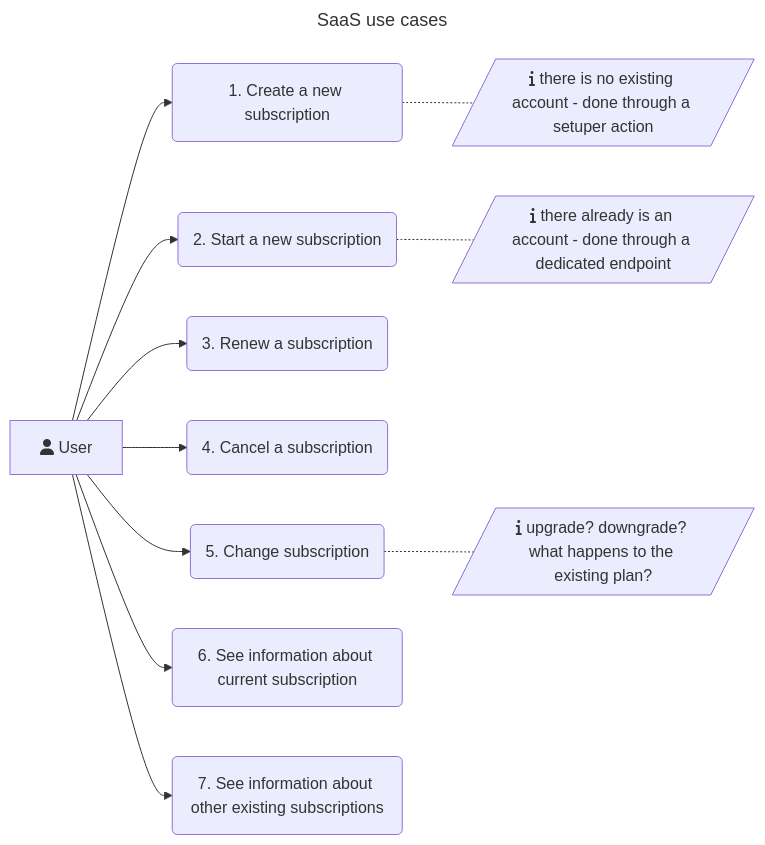
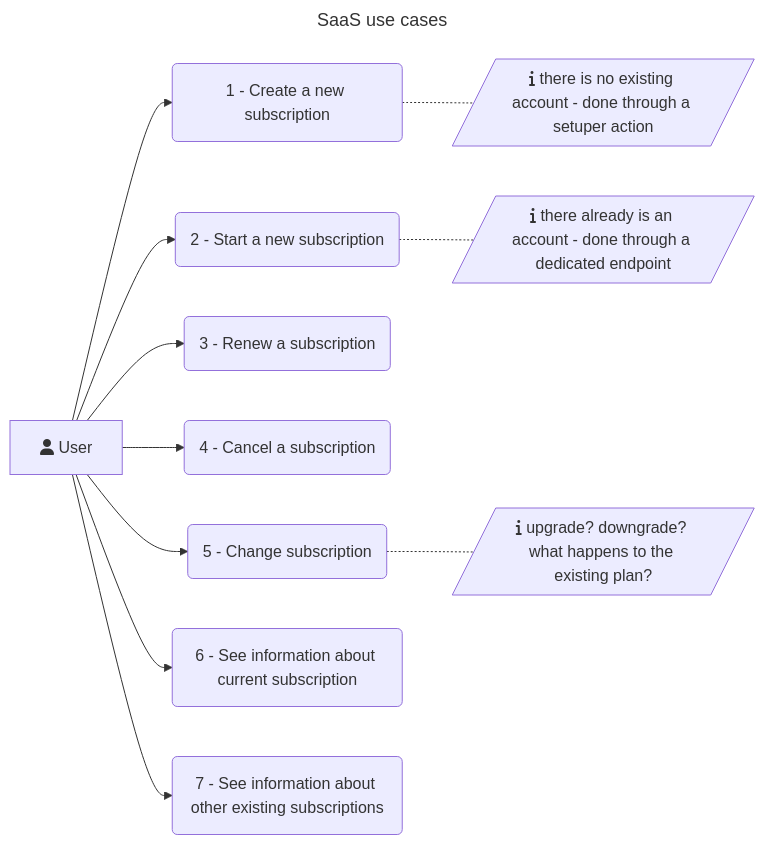
One commit to BLSQ/iaso changed the first of 2 diagrams in docs/pages/dev/reference/SaaS/saas_modelization.md. Above: the diagram before and after it, drawn with Mermaid. The commit also changed other lines of this file, not shown here.

Commit message:
fix format for github

````diff
--- a/docs/pages/dev/reference/SaaS/saas_modelization.md
+++ b/docs/pages/dev/reference/SaaS/saas_modelization.md
@@ -21,28 +21,28 @@
 ```mermaid
 ---
 title: SaaS use cases
 ---
 
 flowchart LR
     U["fa:fa-user User"]
-    UC1(1. Create a new subscription)
+    UC1(1 - Create a new subscription)
     UC1Comment[/"fa:fa-info there is no existing account - done through a setuper action"/]
-    UC2(2. Start a new subscription)
+    UC2(2 - Start a new subscription)
     UC2Comment[/"fa:fa-info there already is an account - done through a dedicated endpoint"/]
-    UC3(3. Renew a subscription)
-    UC4(4. Cancel a subscription)
-    UC5(5. Change subscription)
+    UC3(3 - Renew a subscription)
+    UC4(4 - Cancel a subscription)
+    UC5(5 - Change subscription)
     UC5Comment[/"fa:fa-info upgrade? downgrade? what happens to the existing plan?"/]
-    UC6(6. See information about current subscription)
-    UC7(7. See information about other existing subscriptions)
+    UC6(6 - See information about current subscription)
+    UC7(7 - See information about other existing subscriptions)
     U --> UC1
     UC1 -.- UC1Comment
     U --> UC2
     UC2 -.- UC2Comment
     U --> UC3
     U --> UC4
     U --> UC5
     UC5 -.- UC5Comment
     U --> UC6
     U --> UC7
 ```
````
